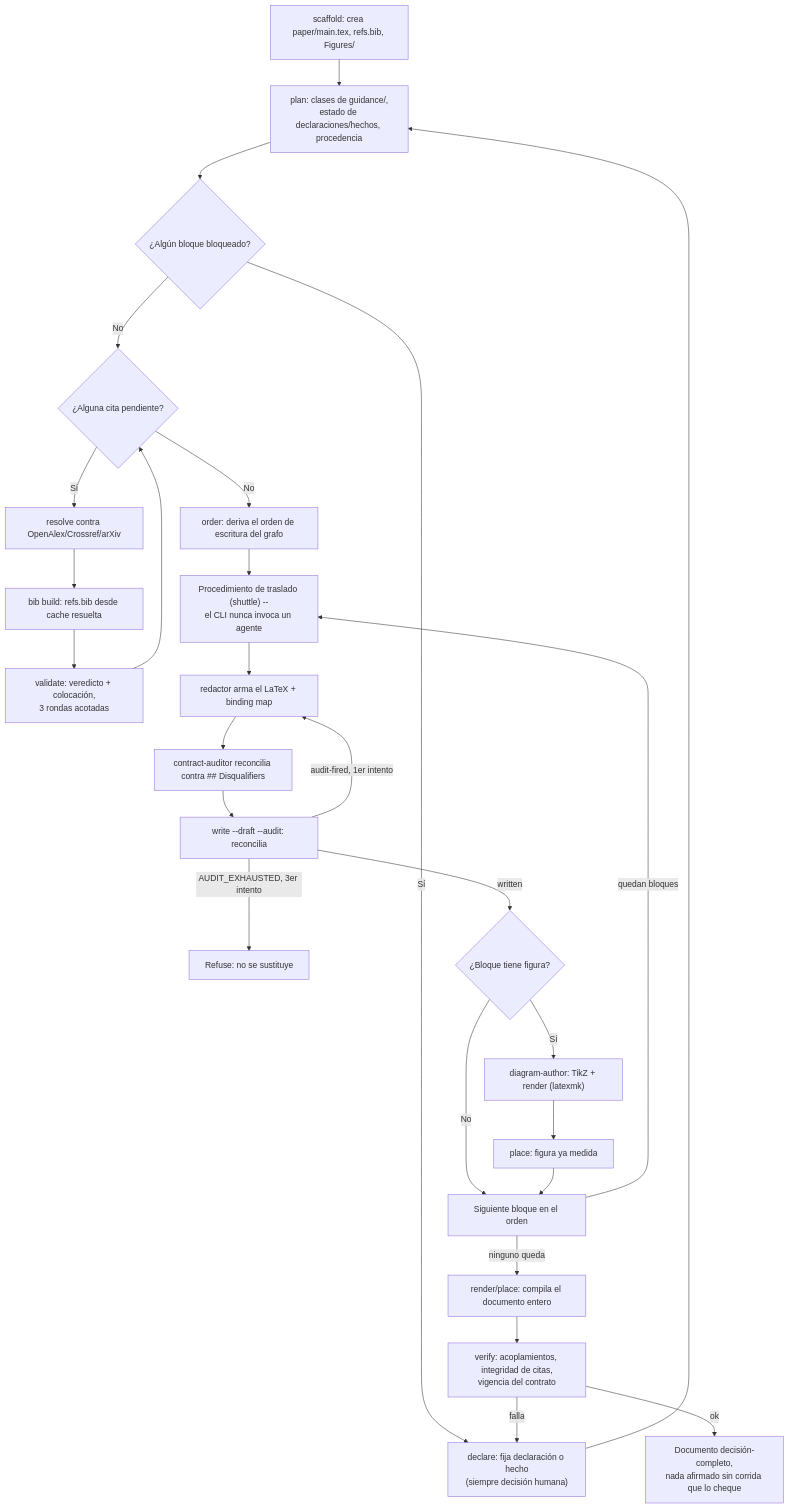
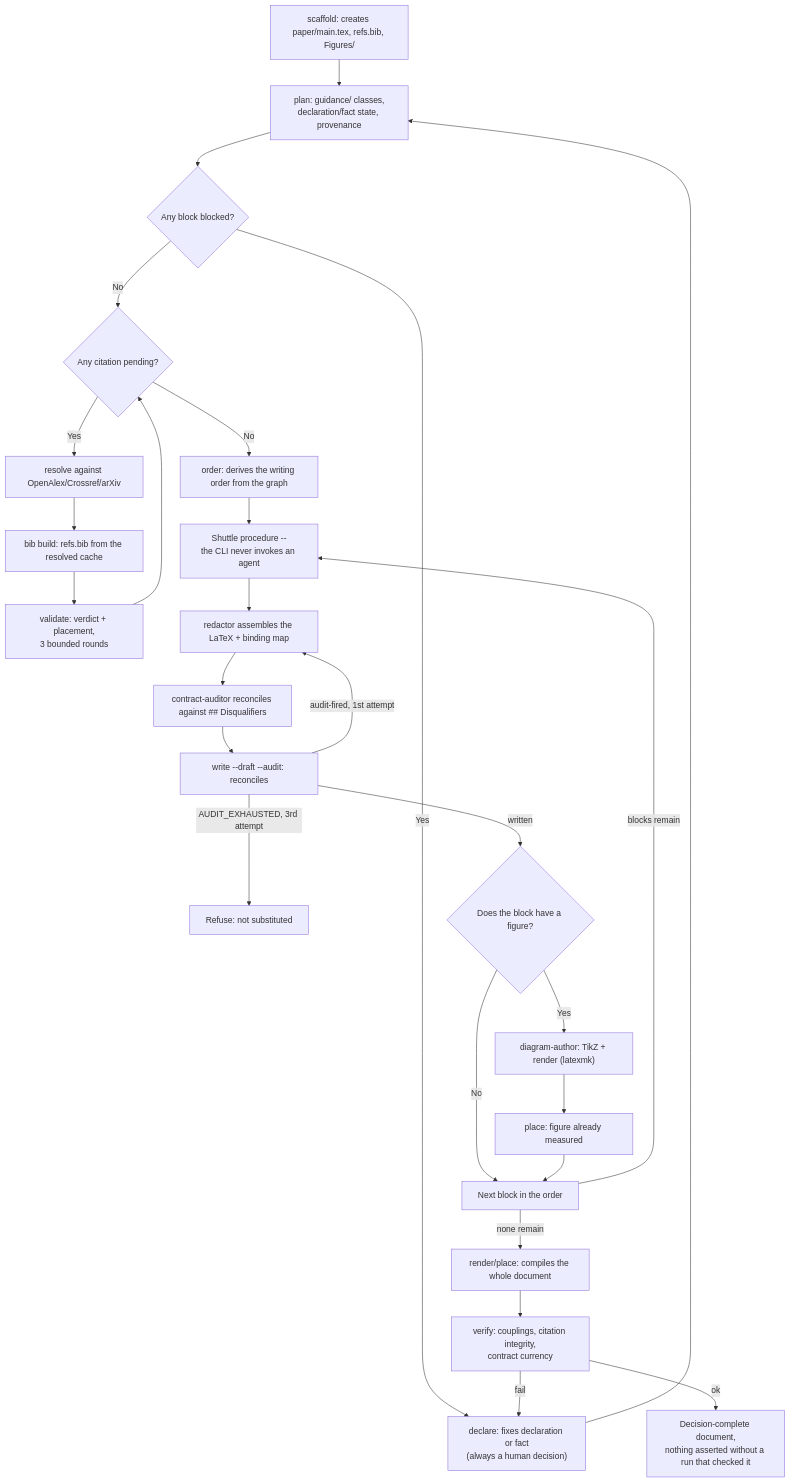
The ninth of 10 diagrams in README.md (AndresCdo/papersmith-ai), drawn with Mermaid before and after one commit. The commit also changed other lines of this file, not shown here.

First line of the commit message:
docs(readme): the paper-writing anatomy speaks English

````diff
--- a/README.md
+++ b/README.md
@@ -2792,29 +2789,29 @@
 ```mermaid
 flowchart TD
-    A["scaffold: crea paper/main.tex, refs.bib, Figures/"] --> B["plan: clases de guidance/,\nestado de declaraciones/hechos, procedencia"]
-    B --> C{"¿Algún bloque bloqueado?"}
-    C -- Sí --> D["declare: fija declaración o hecho\n(siempre decisión humana)"]
+    A["scaffold: creates paper/main.tex, refs.bib, Figures/"] --> B["plan: guidance/ classes,\ndeclaration/fact state, provenance"]
+    B --> C{"Any block blocked?"}
+    C -- Yes --> D["declare: fixes declaration or fact\n(always a human decision)"]
     D --> B
-    C -- No --> E{"¿Alguna cita pendiente?"}
-    E -- Sí --> F["resolve contra OpenAlex/Crossref/arXiv"]
-    F --> G["bib build: refs.bib desde cache resuelta"]
-    G --> H["validate: veredicto + colocación,\n3 rondas acotadas"]
+    C -- No --> E{"Any citation pending?"}
+    E -- Yes --> F["resolve against OpenAlex/Crossref/arXiv"]
+    F --> G["bib build: refs.bib from the resolved cache"]
+    G --> H["validate: verdict + placement,\n3 bounded rounds"]
     H --> E
-    E -- No --> I["order: deriva el orden de escritura del grafo"]
-    I --> J["Procedimiento de traslado (shuttle) --\nel CLI nunca invoca un agente"]
-    J --> K["redactor arma el LaTeX + binding map"]
-    K --> L["contract-auditor reconcilia contra ## Disqualifiers"]
-    L --> M["write --draft --audit: reconcilia"]
-    M -- audit-fired, 1er intento --> K
-    M -- AUDIT_EXHAUSTED, 3er intento --> N["Refuse: no se sustituye"]
-    M -- written --> O{"¿Bloque tiene figura?"}
-    O -- Sí --> P["diagram-author: TikZ + render (latexmk)"]
-    P --> Q["place: figura ya medida"]
-    O -- No --> R["Siguiente bloque en el orden"]
+    E -- No --> I["order: derives the writing order from the graph"]
+    I --> J["Shuttle procedure --\nthe CLI never invokes an agent"]
+    J --> K["redactor assembles the LaTeX + binding map"]
+    K --> L["contract-auditor reconciles against ## Disqualifiers"]
+    L --> M["write --draft --audit: reconciles"]
+    M -- audit-fired, 1st attempt --> K
+    M -- AUDIT_EXHAUSTED, 3rd attempt --> N["Refuse: not substituted"]
+    M -- written --> O{"Does the block have a figure?"}
+    O -- Yes --> P["diagram-author: TikZ + render (latexmk)"]
+    P --> Q["place: figure already measured"]
+    O -- No --> R["Next block in the order"]
     Q --> R
-    R -- quedan bloques --> J
-    R -- ninguno queda --> S["render/place: compila el documento entero"]
-    S --> T["verify: acoplamientos, integridad de citas,\nvigencia del contrato"]
-    T -- falla --> D
-    T -- ok --> U["Documento decisión-completo,\nnada afirmado sin corrida que lo cheque"]
+    R -- blocks remain --> J
+    R -- none remain --> S["render/place: compiles the whole document"]
+    S --> T["verify: couplings, citation integrity,\ncontract currency"]
+    T -- fail --> D
+    T -- ok --> U["Decision-complete document,\nnothing asserted without a run that checked it"]
 ```
````
